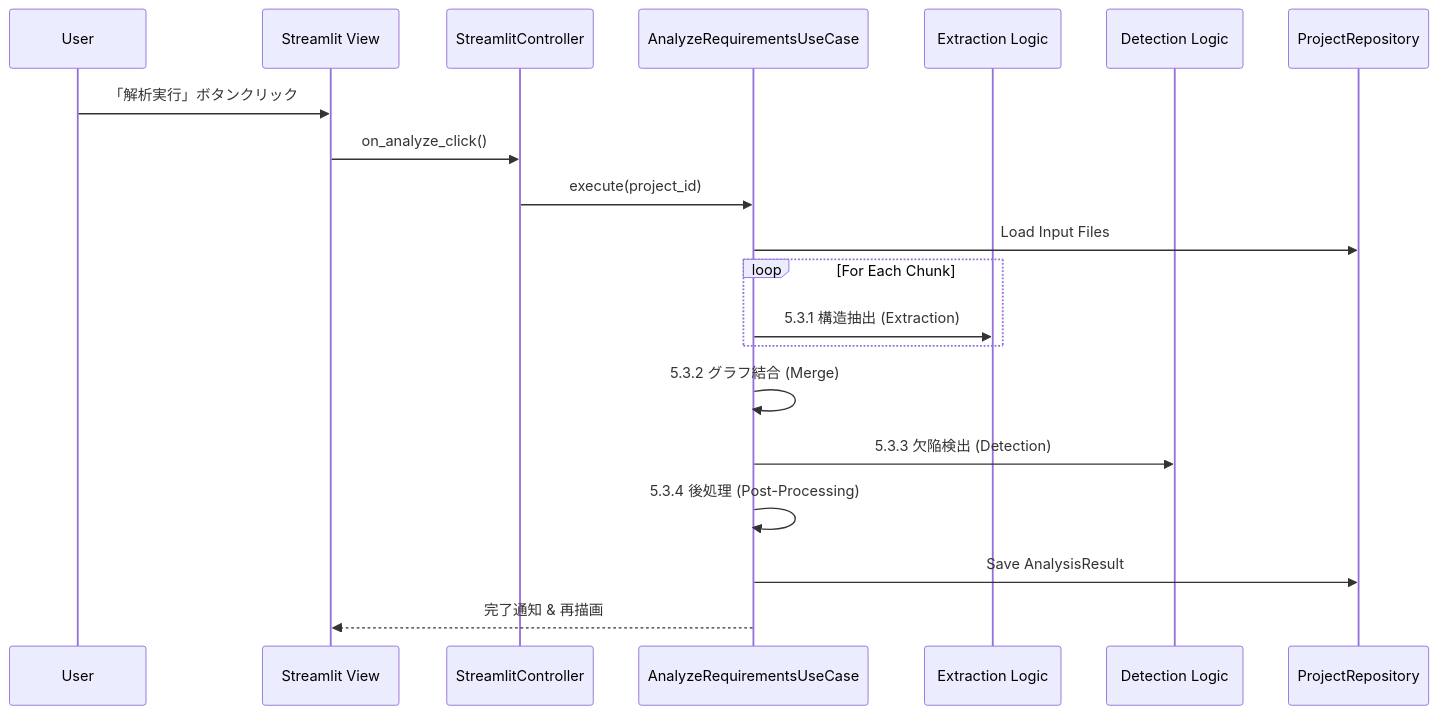
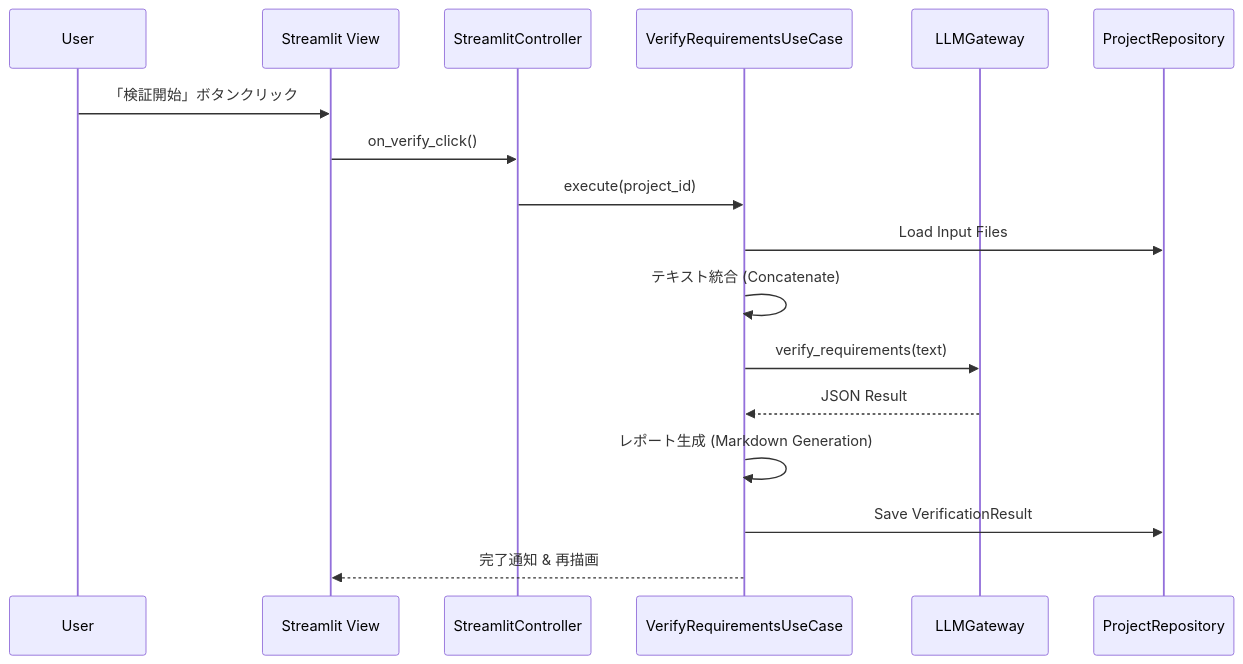
Before and after one commit to Ngano003/requirement-support2: the third of 4 diagrams in doc/architecture_spec.md, drawn with Mermaid. The commit also changed other lines of this file and 11 other files, not shown here.

````diff
--- a/doc/architecture_spec.md
+++ b/doc/architecture_spec.md
@@ -307,27 +248,24 @@
 ```mermaid
 sequenceDiagram
     participant User
     participant View as Streamlit View
     participant Ctrl as StreamlitController
-    participant UC as AnalyzeRequirementsUseCase
-    participant Ext as Extraction Logic
-    participant Det as Detection Logic
+    participant UC as VerifyRequirementsUseCase
+    participant GW as LLMGateway
     participant Repo as ProjectRepository
     
-    User->>View: 「解析実行」ボタンクリック
-    View->>Ctrl: on_analyze_click()
+    User->>View: 「検証開始」ボタンクリック
+    View->>Ctrl: on_verify_click()
     Ctrl->>UC: execute(project_id)
     
     UC->>Repo: Load Input Files
+    UC->>UC: テキスト統合 (Concatenate)
     
-    loop For Each Chunk
-        UC->>Ext: 5.3.1 構造抽出 (Extraction)
-    end
+    UC->>GW: verify_requirements(text)
+    GW-->>UC: JSON Result
     
-    UC->>UC: 5.3.2 グラフ結合 (Merge)
-    UC->>Det: 5.3.3 欠陥検出 (Detection)
-    UC->>UC: 5.3.4 後処理 (Post-Processing)
+    UC->>UC: レポート生成 (Markdown Generation)
     
-    UC->>Repo: Save AnalysisResult
+    UC->>Repo: Save VerificationResult
     UC-->>View: 完了通知 & 再描画
 ```
````
